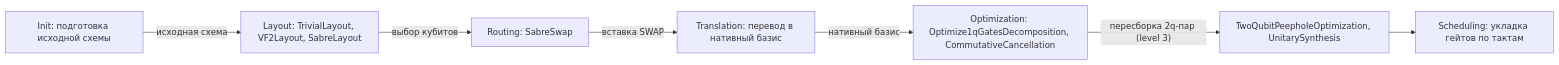
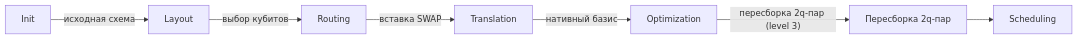
Before and after one commit to DrDimooon/qc-design-course: the diagram in curriculum/02-programming/03-transpilation-hardware.md, drawn with Mermaid. The commit also changed other lines of this file and 4 other files, not shown here.

First line of the commit message:
Make diagrams readable and stop raw LaTeX from showing

````diff
--- a/curriculum/02-programming/03-transpilation-hardware.md
+++ b/curriculum/02-programming/03-transpilation-hardware.md
@@ -63,9 +63,9 @@
 ```mermaid
 flowchart LR
-  I["Init: подготовка исходной схемы"] -->|"исходная схема"| L["Layout: TrivialLayout, VF2Layout, SabreLayout"]
-  L -->|"выбор кубитов"| R["Routing: SabreSwap"]
-  R -->|"вставка SWAP"| T["Translation: перевод в нативный базис"]
-  T -->|"нативный базис"| O["Optimization: Optimize1qGatesDecomposition, CommutativeCancellation"]
-  O -->|"пересборка 2q-пар (level 3)"| O2["TwoQubitPeepholeOptimization, UnitarySynthesis"]
-  O2 --> S["Scheduling: укладка гейтов по тактам"]
+  I["Init"] -->|"исходная схема"| L["Layout"]
+  L -->|"выбор кубитов"| R["Routing"]
+  R -->|"вставка SWAP"| T["Translation"]
+  T -->|"нативный базис"| O["Optimization"]
+  O -->|"пересборка 2q-пар (level 3)"| O2["Пересборка 2q-пар"]
+  O2 --> S["Scheduling"]
 ```
````
